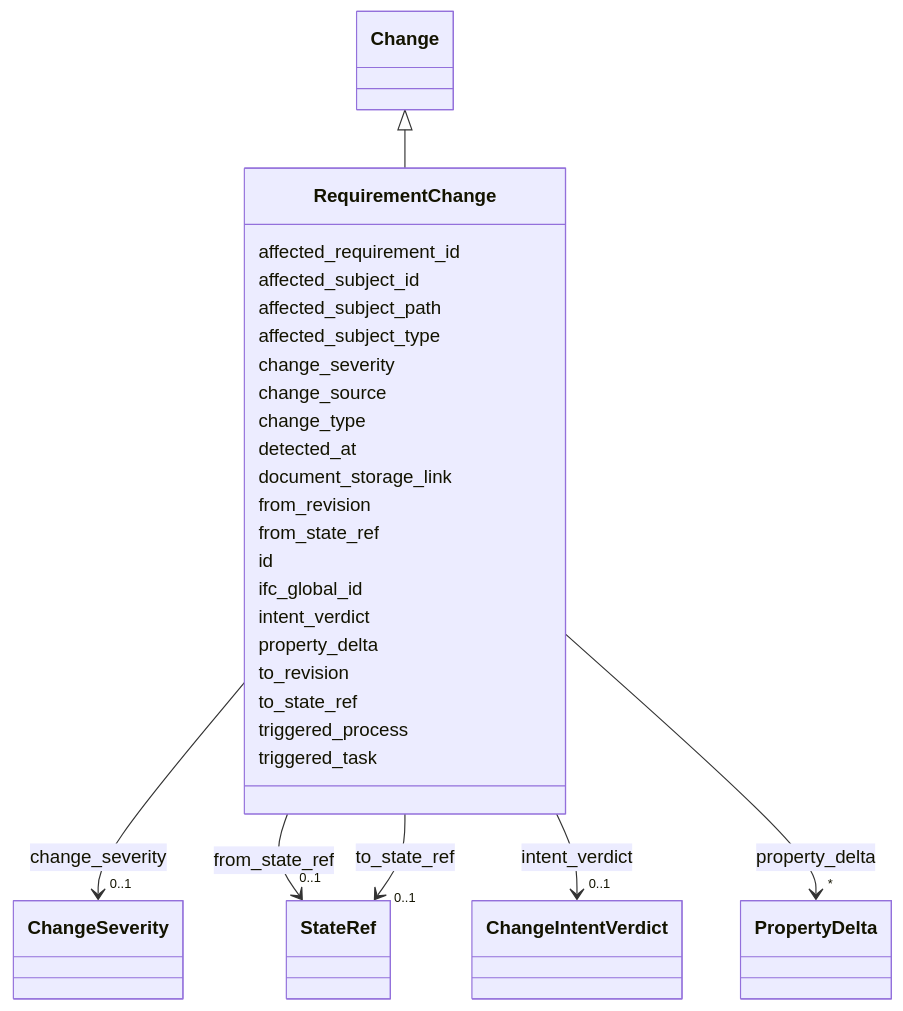
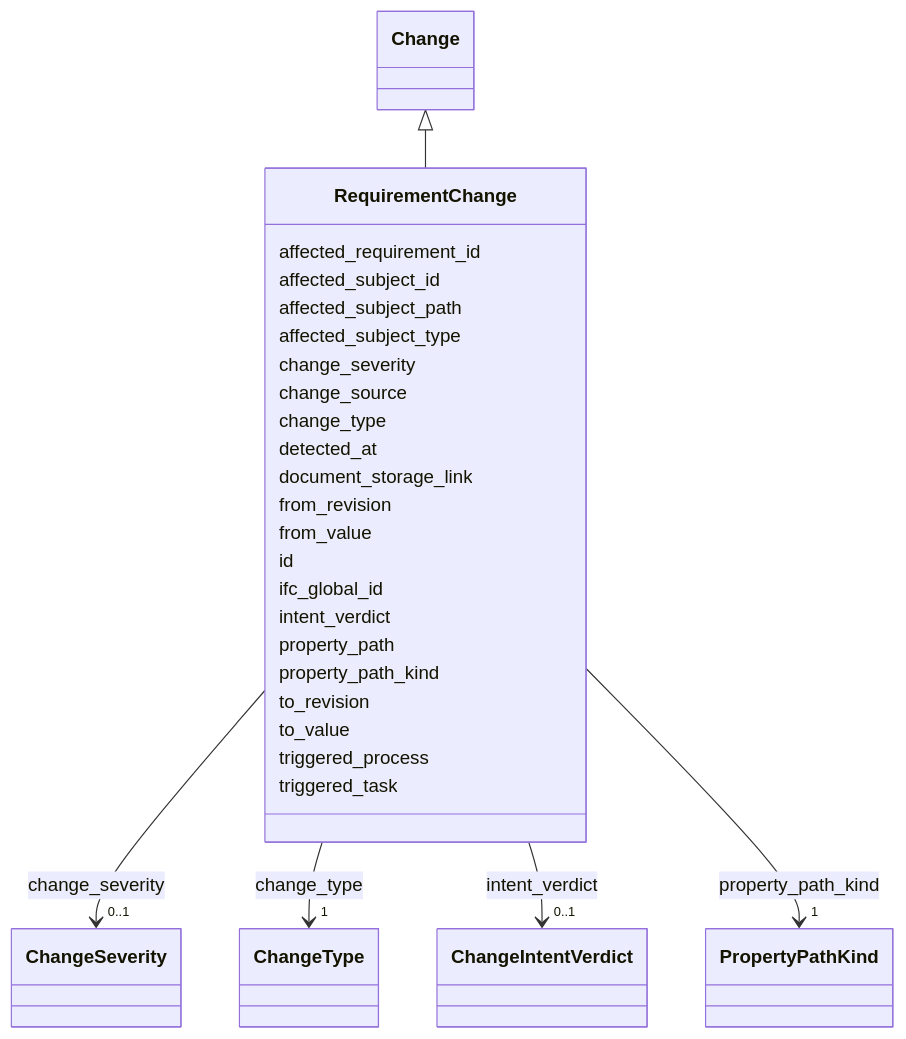
Before and after one commit to simondilhas/pragmatic-bim-schema: the diagram in site/schema/RequirementChange.md, drawn with Mermaid. The commit also changed other lines of this file and 443 other files, not shown here.

````diff
--- a/site/schema/RequirementChange.md
+++ b/site/schema/RequirementChange.md
@@ -23,36 +23,35 @@
 ```mermaid
  classDiagram
     class RequirementChange
     click RequirementChange href "./RequirementChange.html"
       Change <|-- RequirementChange
         click Change href "./Change.html"
       RequirementChange : affected_requirement_id
       RequirementChange : affected_subject_id
       RequirementChange : affected_subject_path
       RequirementChange : affected_subject_type
       RequirementChange : change_severity
         RequirementChange --> "0..1" ChangeSeverity : change_severity
         click ChangeSeverity href "./ChangeSeverity.html"
       RequirementChange : change_source
       RequirementChange : change_type
+        RequirementChange --> "1" ChangeType : change_type
+        click ChangeType href "./ChangeType.html"
       RequirementChange : detected_at
       RequirementChange : document_storage_link
       RequirementChange : from_revision
-      RequirementChange : from_state_ref
-        RequirementChange --> "0..1" StateRef : from_state_ref
-        click StateRef href "./StateRef.html"
+      RequirementChange : from_value
       RequirementChange : id
       RequirementChange : ifc_global_id
       RequirementChange : intent_verdict
         RequirementChange --> "0..1" ChangeIntentVerdict : intent_verdict
         click ChangeIntentVerdict href "./ChangeIntentVerdict.html"
-      RequirementChange : property_delta
-        RequirementChange --> "*" PropertyDelta : property_delta
-        click PropertyDelta href "./PropertyDelta.html"
+      RequirementChange : property_path
+      RequirementChange : property_path_kind
+        RequirementChange --> "1" PropertyPathKind : property_path_kind
+        click PropertyPathKind href "./PropertyPathKind.html"
       RequirementChange : to_revision
-      RequirementChange : to_state_ref
-        RequirementChange --> "0..1" StateRef : to_state_ref
-        click StateRef href "./StateRef.html"
+      RequirementChange : to_value
       RequirementChange : triggered_process
       RequirementChange : triggered_task
 ```
````
